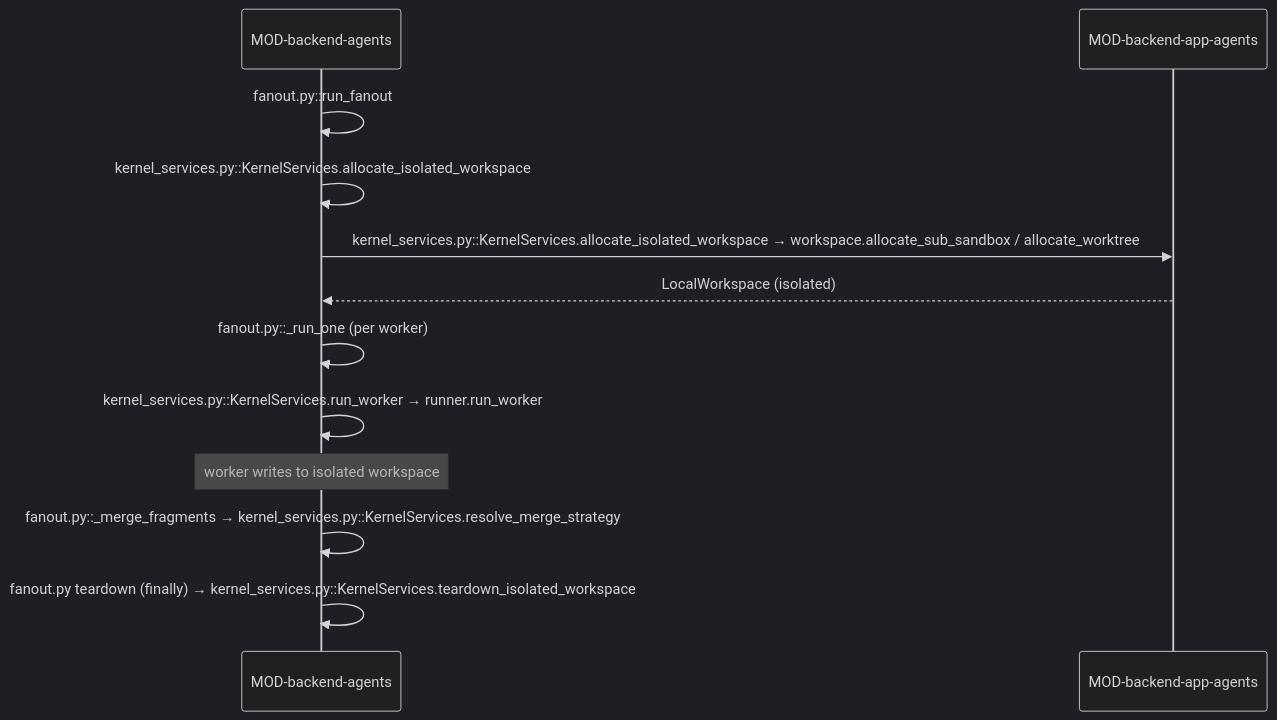
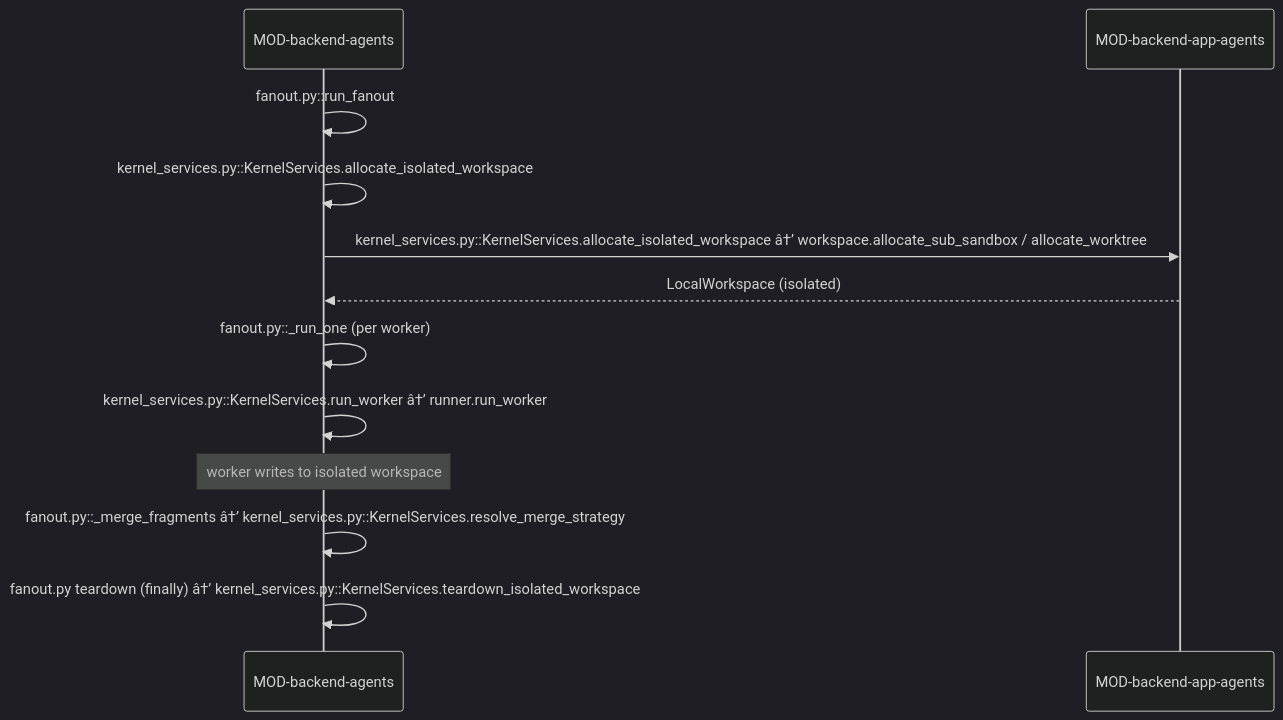
The third of 3 diagrams in .knowledge/architecture/DOMAIN-workspace-isolation.md (prateek-sinha7/IdeaFlowAI), drawn with Mermaid (dark theme) before and after one commit. The commit also changed other lines of this file and 791 other files, not shown here.

````diff
--- a/.knowledge/architecture/DOMAIN-workspace-isolation.md
+++ b/.knowledge/architecture/DOMAIN-workspace-isolation.md
@@ -230,15 +230,15 @@
 ```mermaid
 sequenceDiagram
     participant MOD-backend-agents
     participant MOD-backend-app-agents
 
     MOD-backend-agents->>MOD-backend-agents: fanout.py::run_fanout
     MOD-backend-agents->>MOD-backend-agents: kernel_services.py::KernelServices.allocate_isolated_workspace
-    MOD-backend-agents->>MOD-backend-app-agents: kernel_services.py::KernelServices.allocate_isolated_workspace → workspace.allocate_sub_sandbox / allocate_worktree
+    MOD-backend-agents->>MOD-backend-app-agents: kernel_services.py::KernelServices.allocate_isolated_workspace â†’ workspace.allocate_sub_sandbox / allocate_worktree
     MOD-backend-app-agents-->>MOD-backend-agents: LocalWorkspace (isolated)
     MOD-backend-agents->>MOD-backend-agents: fanout.py::_run_one (per worker)
-    MOD-backend-agents->>MOD-backend-agents: kernel_services.py::KernelServices.run_worker → runner.run_worker
+    MOD-backend-agents->>MOD-backend-agents: kernel_services.py::KernelServices.run_worker â†’ runner.run_worker
     Note over MOD-backend-agents: worker writes to isolated workspace
-    MOD-backend-agents->>MOD-backend-agents: fanout.py::_merge_fragments → kernel_services.py::KernelServices.resolve_merge_strategy
-    MOD-backend-agents->>MOD-backend-agents: fanout.py teardown (finally) → kernel_services.py::KernelServices.teardown_isolated_workspace
+    MOD-backend-agents->>MOD-backend-agents: fanout.py::_merge_fragments â†’ kernel_services.py::KernelServices.resolve_merge_strategy
+    MOD-backend-agents->>MOD-backend-agents: fanout.py teardown (finally) â†’ kernel_services.py::KernelServices.teardown_isolated_workspace
 ```
````
